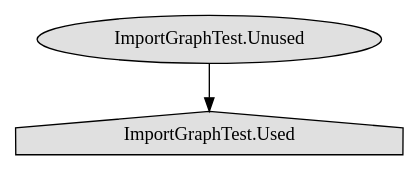
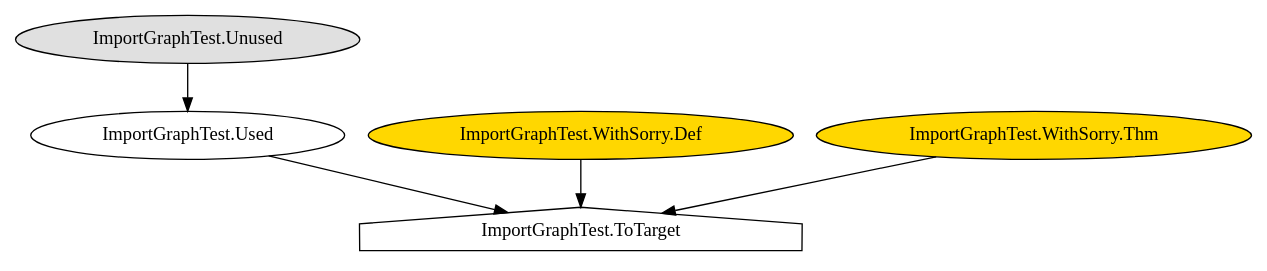
Before and after one commit to leanprover-community/import-graph: the diagram in ImportGraphTest/expected.dot, drawn with Graphviz. The commit also changed 14 other files, not shown here.

```diff
--- a/ImportGraphTest/expected.dot
+++ b/ImportGraphTest/expected.dot
@@ -1,5 +1,11 @@
 digraph "import_graph" {
+  "ImportGraphTest.ToTarget" [shape=house];
+  "ImportGraphTest.Used" -> "ImportGraphTest.ToTarget";
+  "ImportGraphTest.WithSorry.Def" -> "ImportGraphTest.ToTarget";
+  "ImportGraphTest.WithSorry.Thm" -> "ImportGraphTest.ToTarget";
   "ImportGraphTest.Unused" [style=filled, fillcolor="#e0e0e0", shape=ellipse];
-  "ImportGraphTest.Used" [style=filled, fillcolor="#e0e0e0", shape=house];
+  "ImportGraphTest.WithSorry.Def" [style=filled, fillcolor="#ffd700", shape=ellipse];
+  "ImportGraphTest.WithSorry.Thm" [style=filled, fillcolor="#ffd700", shape=ellipse];
+  "ImportGraphTest.Used" [shape=ellipse];
   "ImportGraphTest.Unused" -> "ImportGraphTest.Used";
 }
```
